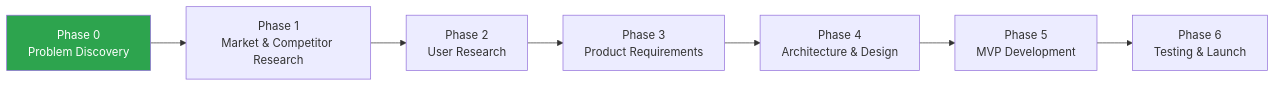
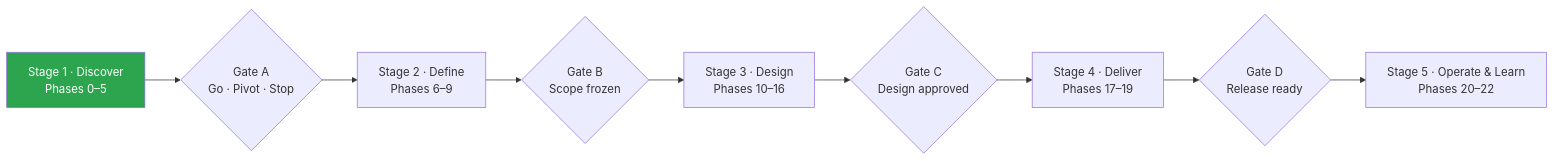
One commit to n3h4a/veriGlow-ai changed the diagram in README.md. Above: the diagram before and after it, drawn with Mermaid. The commit also changed other lines of this file and 3 other files, not shown here.

First line of the commit message:
docs: update README, roadmap, status and changelog for phase 3

````diff
--- a/README.md
+++ b/README.md
@@ -69,11 +83,10 @@
 ```mermaid
 flowchart LR
-    A[Phase 0<br/>Problem Discovery] --> B[Phase 1<br/>Market & Competitor Research]
-    B --> C[Phase 2<br/>User Research]
-    C --> D[Phase 3<br/>Product Requirements]
-    D --> E[Phase 4<br/>Architecture & Design]
-    E --> F[Phase 5<br/>MVP Development]
-    F --> G[Phase 6<br/>Testing & Launch]
+    S1["Stage 1 · Discover<br/>Phases 0–5"] --> GA{"Gate A<br/>Go · Pivot · Stop"}
+    GA --> S2["Stage 2 · Define<br/>Phases 6–9"] --> GB{"Gate B<br/>Scope frozen"}
+    GB --> S3["Stage 3 · Design<br/>Phases 10–16"] --> GC{"Gate C<br/>Design approved"}
+    GC --> S4["Stage 4 · Deliver<br/>Phases 17–19"] --> GD{"Gate D<br/>Release ready"}
+    GD --> S5["Stage 5 · Operate & Learn<br/>Phases 20–22"]
 
-    style A fill:#2da44e,color:#fff
+    style S1 fill:#2da44e,color:#fff
 ```
````
